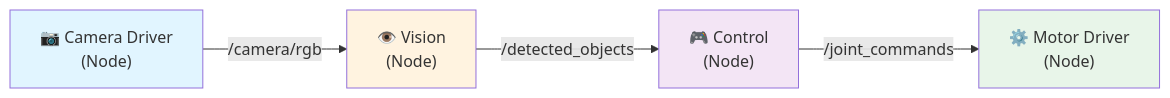
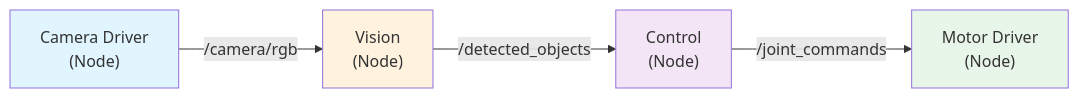
The first of 2 diagrams in docs/chapters/ch3-ros2.mdx (Danishhshahid/Physical-AI-Humanoid-Robotics-Book), drawn with Mermaid before and after one commit. The commit also changed other lines of this file and 45 other files, not shown here.

````diff
--- a/docs/chapters/ch3-ros2.mdx
+++ b/docs/chapters/ch3-ros2.mdx
@@ -88,16 +88,16 @@
 ```mermaid
 graph LR
-    Camera["📷 Camera Driver<br/>(Node)"]
-    Vision["👁️ Vision<br/>(Node)"]
-    Control["🎮 Control<br/>(Node)"]
-    Motor["⚙️ Motor Driver<br/>(Node)"]
+    Camera[" Camera Driver<br/>(Node)"]
+    Vision[" Vision<br/>(Node)"]
+    Control[" Control<br/>(Node)"]
+    Motor[" Motor Driver<br/>(Node)"]
 
     Camera -->|/camera/rgb| Vision
     Vision -->|/detected_objects| Control
     Control -->|/joint_commands| Motor
 
     style Camera fill:#e1f5ff
     style Vision fill:#fff3e0
     style Control fill:#f3e5f5
     style Motor fill:#e8f5e9
 ```
````
